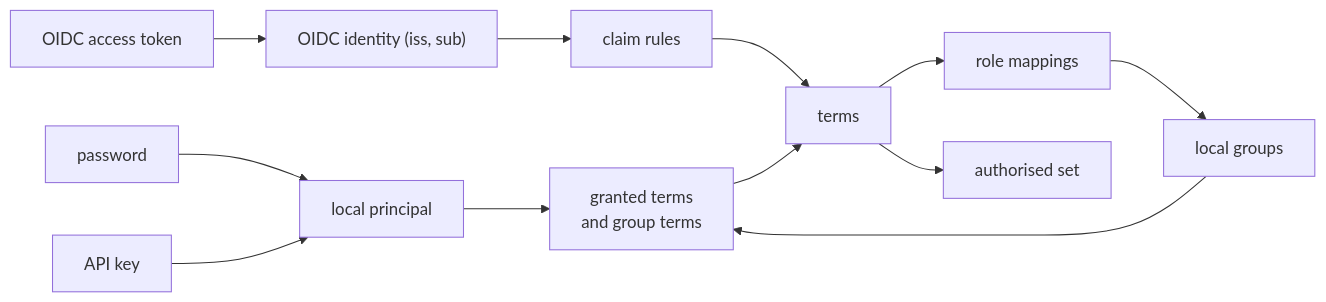
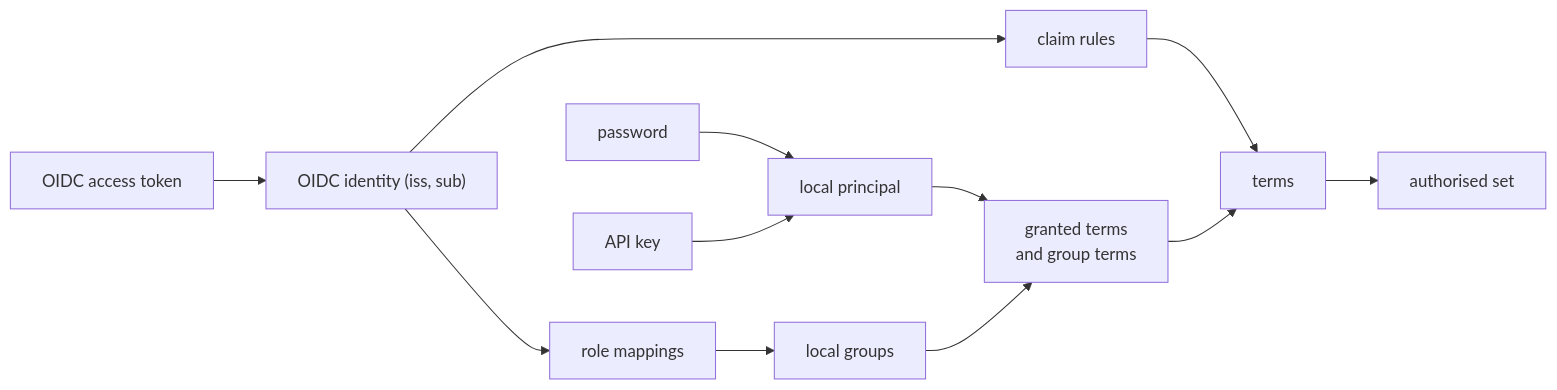
Before and after one commit to jennis0/tesseradb: the first of 2 diagrams in docs/users-and-access.md, drawn with Mermaid. The commit also changed other lines of this file, not shown here.

First line of the commit message:
users-and-access: a role mapping names its claim

````diff
--- a/docs/users-and-access.md
+++ b/docs/users-and-access.md
@@ -141,12 +142,12 @@
 ```mermaid
 flowchart LR
   P[password] --> L[local principal]
   K[API key] --> L
   O[OIDC access token] --> I["OIDC identity (iss, sub)"]
   L --> G[granted terms<br/>and group terms]
   I --> R[claim rules]
   R --> T[terms]
-  T --> M[role mappings] --> LG[local groups] --> G
+  I --> M[role mappings] --> LG[local groups] --> G
   G --> T
   T --> A[authorised set]
 ```
````
